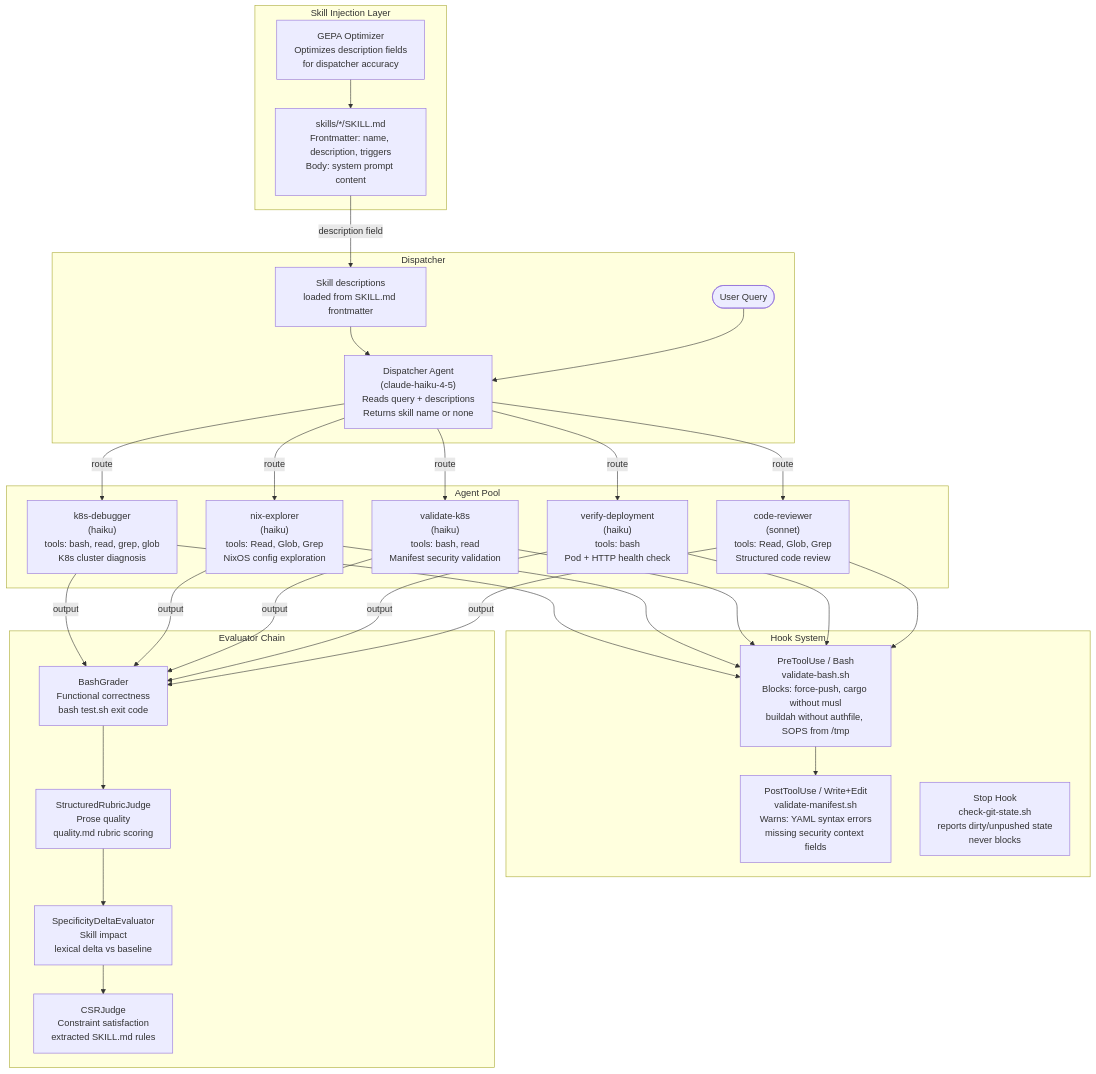
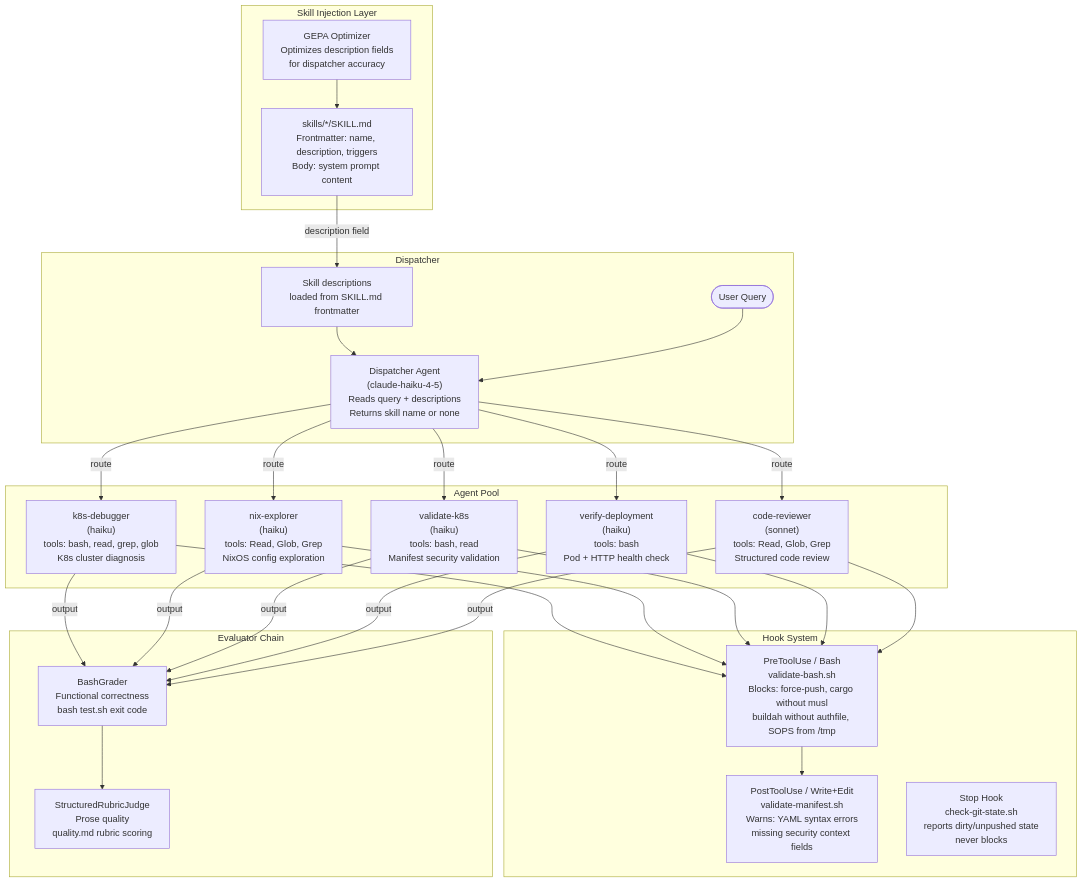
The ninth of 10 diagrams in docs/agentic-lifecycle.md (sammasak/claude-code-skills), drawn with Mermaid before and after one commit. The commit also changed other lines of this file and 2 other files, not shown here.

First line of the commit message:
docs: lifecycle purge complete; orphan constraint extractor removed

````diff
--- a/docs/agentic-lifecycle.md
+++ b/docs/agentic-lifecycle.md
@@ -452,47 +452,45 @@
 ```mermaid
 graph TD
     subgraph "Skill Injection Layer"
         SKILLDOCS["skills/*/SKILL.md\nFrontmatter: name, description, triggers\nBody: system prompt content"]
         GEPA["GEPA Optimizer\nOptimizes description fields\nfor dispatcher accuracy"]
         GEPA --> SKILLDOCS
     end
 
     subgraph "Dispatcher"
         DESC["Skill descriptions\nloaded from SKILL.md frontmatter"]
         DISP["Dispatcher Agent\n(claude-haiku-4-5)\nReads query + descriptions\nReturns skill name or none"]
         SKILLDOCS -->|"description field"| DESC
         DESC --> DISP
         QUERY([User Query]) --> DISP
     end
 
     subgraph "Agent Pool"
         A1["k8s-debugger\n(haiku)\ntools: bash, read, grep, glob\nK8s cluster diagnosis"]
         A2["nix-explorer\n(haiku)\ntools: Read, Glob, Grep\nNixOS config exploration"]
         A3["validate-k8s\n(haiku)\ntools: bash, read\nManifest security validation"]
         A4["verify-deployment\n(haiku)\ntools: bash\nPod + HTTP health check"]
         A5["code-reviewer\n(sonnet)\ntools: Read, Glob, Grep\nStructured code review"]
         DISP -->|"route"| A1
         DISP -->|"route"| A2
         DISP -->|"route"| A3
         DISP -->|"route"| A4
         DISP -->|"route"| A5
     end
 
     subgraph "Hook System"
         H1["PreToolUse / Bash\nvalidate-bash.sh\nBlocks: force-push, cargo without musl\nbuildah without authfile, SOPS from /tmp"]
         H2["PostToolUse / Write+Edit\nvalidate-manifest.sh\nWarns: YAML syntax errors\nmissing security context fields"]
         H3["Stop Hook\ncheck-git-state.sh\nreports dirty/unpushed state\nnever blocks"]
     end
 
     subgraph "Evaluator Chain"
         E1["BashGrader\nFunctional correctness\nbash test.sh exit code"]
         E2["StructuredRubricJudge\nProse quality\nquality.md rubric scoring"]
-        E3["SpecificityDeltaEvaluator\nSkill impact\nlexical delta vs baseline"]
-        E4["CSRJudge\nConstraint satisfaction\nextracted SKILL.md rules"]
-        E1 --> E2 --> E3 --> E4
+        E1 --> E2
     end
 
     A1 & A2 & A3 & A4 & A5 --> H1
     H1 --> H2
     A1 & A2 & A3 & A4 & A5 -->|"output"| E1
 ```
````
